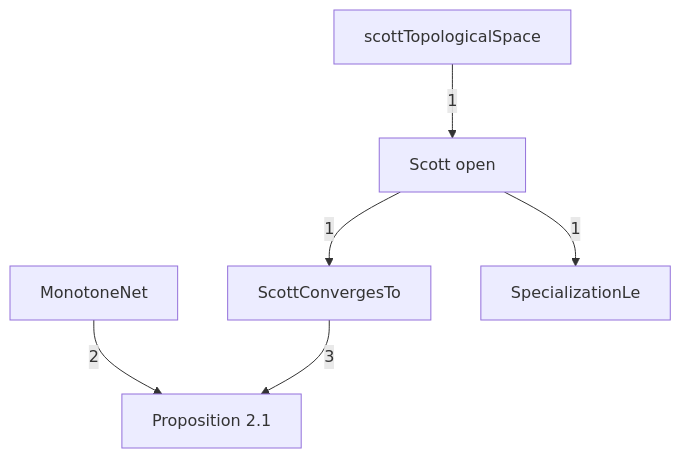
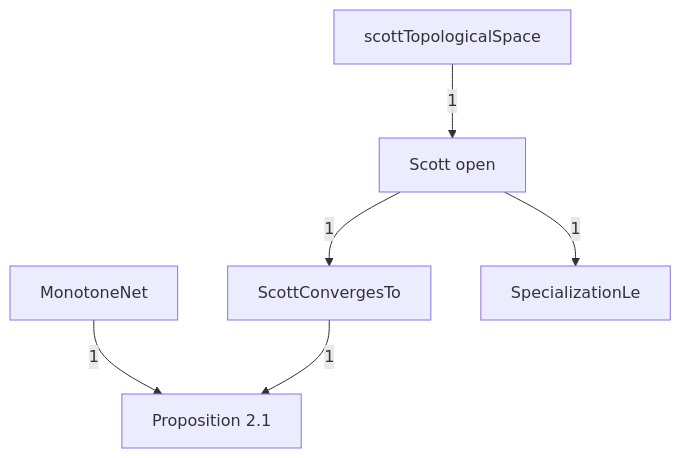
Before and after one commit to catskillsresearch/DomainTheory: the diagram in DomainTheory/ContinuousLattice/Specialization/Specialization.mermaid, drawn with Mermaid. The commit also changed 41 other files, not shown here.

```diff
--- a/DomainTheory/ContinuousLattice/Specialization/Specialization.mermaid
+++ b/DomainTheory/ContinuousLattice/Specialization/Specialization.mermaid
@@ -1,21 +1,21 @@
 %% Notes of the specialization order, in outline order.
 %% Each box is one outline note from 1972_Specialization_order.md.
 %% Arrowhead on the importer. The number is a direct-import count.
 %% An arrow already implied by a longer path is omitted.
 flowchart TB
 
   MN["MonotoneNet"]
   P21["Proposition 2.1"]
   SO["Scott open"]
   SCT["ScottConvergesTo"]
   STS["scottTopologicalSpace"]
   SLe["SpecializationLe"]
 
-  MN -->|"2"| P21
-  SCT -->|"3"| P21
+  MN -->|"1"| P21
+  SCT -->|"1"| P21
   SO -->|"1"| SCT
   SO -->|"1"| SLe
   STS -->|"1"| SO
 
   classDef file fill:#dbeafe,stroke:#1d4ed8,color:#1e3a8a
   classDef ext fill:#f3f4f6,stroke:#374151,color:#111827
```
